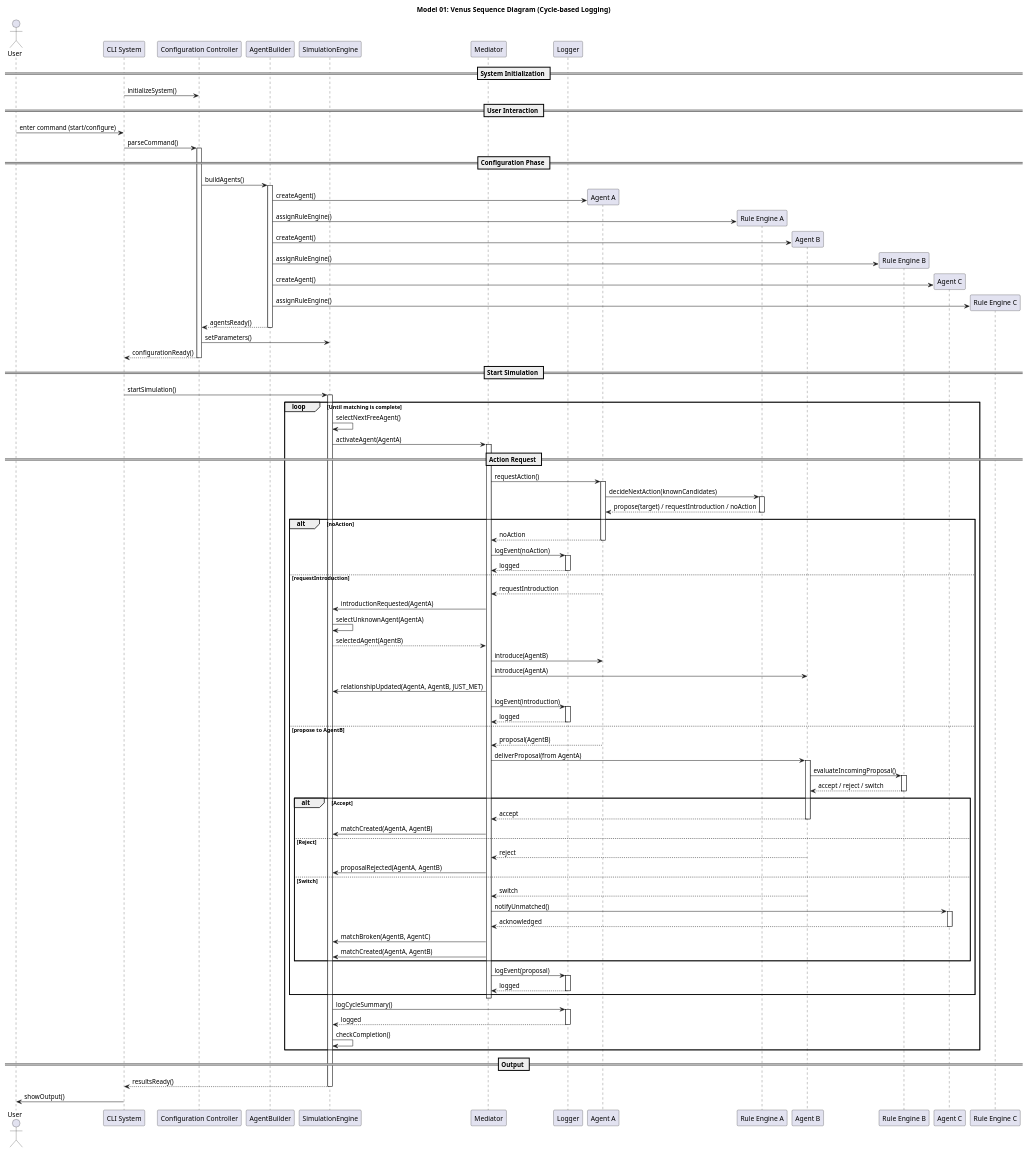
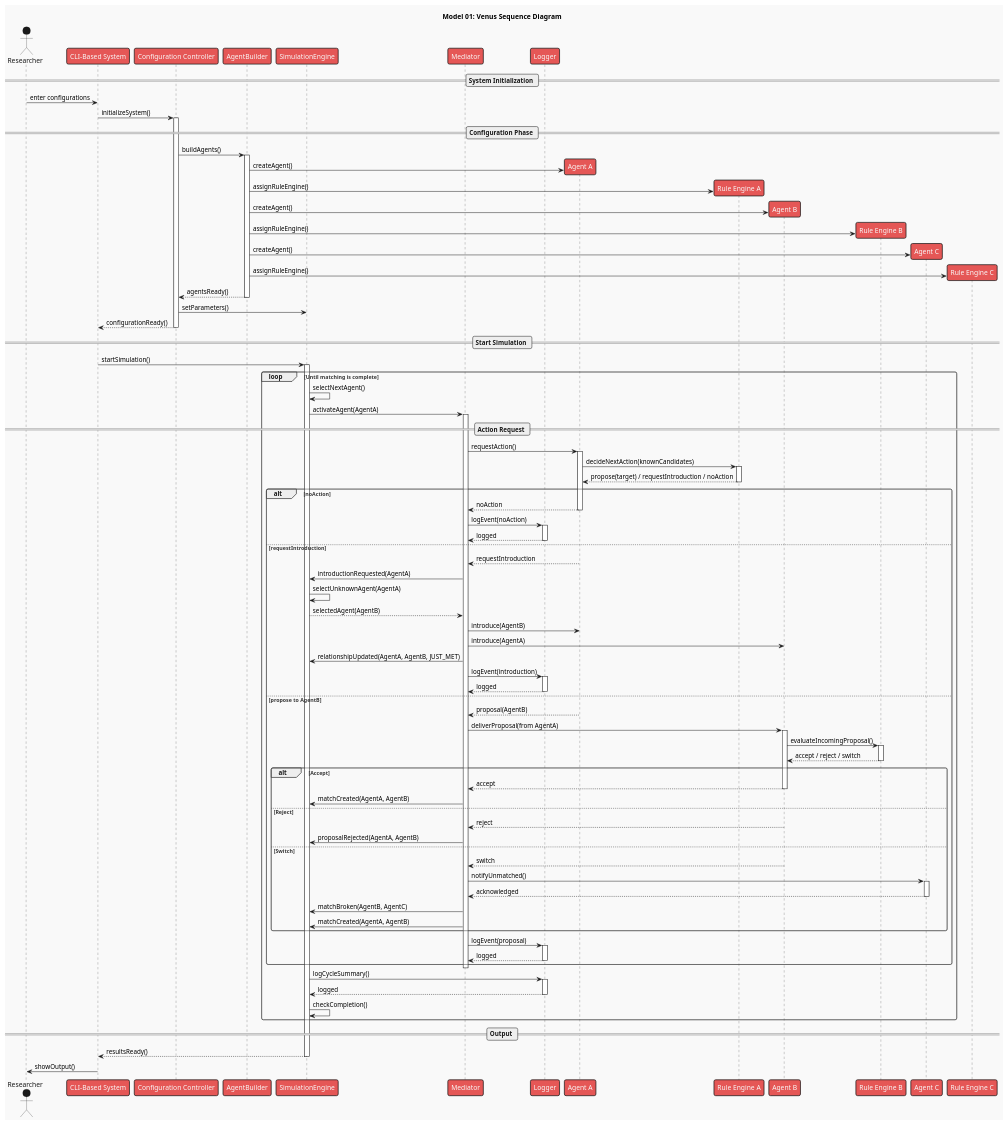
One commit to KCyrusNF/Dyad-Epistemics changed the diagram in M01 Venus/docs/figures/Sequence Diagram.puml. Above: the diagram before and after it, drawn with PlantUML.

Commit message:
Refine M01 Venus sequence diagram
- Combined the *System Initialization* and *User Interaction* phases
- Renamed elements such as functions, objects, and titles for clarity
- Added a theme for improved visibility

```diff
--- a/M01 Venus/docs/figures/Sequence Diagram.puml
+++ b/M01 Venus/docs/figures/Sequence Diagram.puml
@@ -1,170 +1,165 @@
 @startuml
+!theme mars
 
+title "Model 01: Venus Sequence Diagram"
 
-title "Model 01: Venus Sequence Diagram (Cycle-based Logging)"
-
-actor User
-participant "CLI System" as CLISystem
+actor Researcher
+participant "CLI-Based System" as CLISystem
 participant "Configuration Controller" as ConfigController
 participant AgentBuilder
 participant SimulationEngine
 participant Mediator
 participant Logger
 
 participant "Agent A" as AgentA
 participant "Rule Engine A" as RuleEngineA
 participant "Agent B" as AgentB
 participant "Rule Engine B" as RuleEngineB
 participant "Agent C" as AgentC
 participant "Rule Engine C" as RuleEngineC
 
 == System Initialization ==
 
+Researcher -> CLISystem : enter configurations
 CLISystem -> ConfigController : initializeSystem()
-
-== User Interaction ==
-
-User -> CLISystem : enter command (start/configure)
-CLISystem -> ConfigController : parseCommand()
 
 == Configuration Phase ==
 
 activate ConfigController
 
 ConfigController -> AgentBuilder : buildAgents()
 activate AgentBuilder
 
 create AgentA
 AgentBuilder -> AgentA : createAgent()
 create RuleEngineA
 AgentBuilder -> RuleEngineA : assignRuleEngine()
 
 create AgentB
 AgentBuilder -> AgentB : createAgent()
 create RuleEngineB
 AgentBuilder -> RuleEngineB : assignRuleEngine()
 
 create AgentC
 AgentBuilder -> AgentC : createAgent()
 create RuleEngineC
 AgentBuilder -> RuleEngineC : assignRuleEngine()
 
 AgentBuilder --> ConfigController : agentsReady()
 deactivate AgentBuilder
 
 ConfigController -> SimulationEngine : setParameters()
 ConfigController --> CLISystem : configurationReady()
 
 deactivate ConfigController
 
 == Start Simulation ==
 
 CLISystem -> SimulationEngine : startSimulation()
 activate SimulationEngine
 
 loop Until matching is complete
 
-    SimulationEngine -> SimulationEngine : selectNextFreeAgent()
+    SimulationEngine -> SimulationEngine : selectNextAgent()
     SimulationEngine -> Mediator : activateAgent(AgentA)
     activate Mediator
 
     == Action Request ==
 
     Mediator -> AgentA : requestAction()
     activate AgentA
 
     AgentA -> RuleEngineA : decideNextAction(knownCandidates)
     activate RuleEngineA
     RuleEngineA --> AgentA : propose(target) / requestIntroduction / noAction
     deactivate RuleEngineA
 
     alt noAction
         AgentA --> Mediator : noAction
         deactivate AgentA
 
         Mediator -> Logger : logEvent(noAction)
         activate Logger
         Logger --> Mediator : logged
         deactivate Logger
 
     else requestIntroduction
         AgentA --> Mediator : requestIntroduction
         deactivate AgentA
 
         Mediator -> SimulationEngine : introductionRequested(AgentA)
 
         SimulationEngine -> SimulationEngine : selectUnknownAgent(AgentA)
         SimulationEngine --> Mediator : selectedAgent(AgentB)
 
         Mediator -> AgentA : introduce(AgentB)
         Mediator -> AgentB : introduce(AgentA)
 
         Mediator -> SimulationEngine : relationshipUpdated(AgentA, AgentB, JUST_MET)
 
         Mediator -> Logger : logEvent(introduction)
         activate Logger
         Logger --> Mediator : logged
         deactivate Logger
 
     else propose to AgentB
         AgentA --> Mediator : proposal(AgentB)
         deactivate AgentA
 
         Mediator -> AgentB : deliverProposal(from AgentA)
         activate AgentB
 
         AgentB -> RuleEngineB : evaluateIncomingProposal()
         activate RuleEngineB
         RuleEngineB --> AgentB : accept / reject / switch
         deactivate RuleEngineB
 
         alt Accept
             AgentB --> Mediator : accept
             deactivate AgentB
 
             Mediator -> SimulationEngine : matchCreated(AgentA, AgentB)
 
         else Reject
             AgentB --> Mediator : reject
             deactivate AgentB
 
             Mediator -> SimulationEngine : proposalRejected(AgentA, AgentB)
 
         else Switch
             AgentB --> Mediator : switch
             deactivate AgentB
 
             Mediator -> AgentC : notifyUnmatched()
             activate AgentC
             AgentC --> Mediator : acknowledged
             deactivate AgentC
 
             Mediator -> SimulationEngine : matchBroken(AgentB, AgentC)
             Mediator -> SimulationEngine : matchCreated(AgentA, AgentB)
         end
 
         Mediator -> Logger : logEvent(proposal)
         activate Logger
         Logger --> Mediator : logged
         deactivate Logger
     end
 
     deactivate Mediator
 
     SimulationEngine -> Logger : logCycleSummary()
     activate Logger
     Logger --> SimulationEngine : logged
     deactivate Logger
 
     SimulationEngine -> SimulationEngine : checkCompletion()
 
 end
 
 == Output ==
 
 SimulationEngine --> CLISystem : resultsReady()
 deactivate SimulationEngine
 
-CLISystem -> User : showOutput()
-
+CLISystem -> Researcher : showOutput()
 @enduml
```
